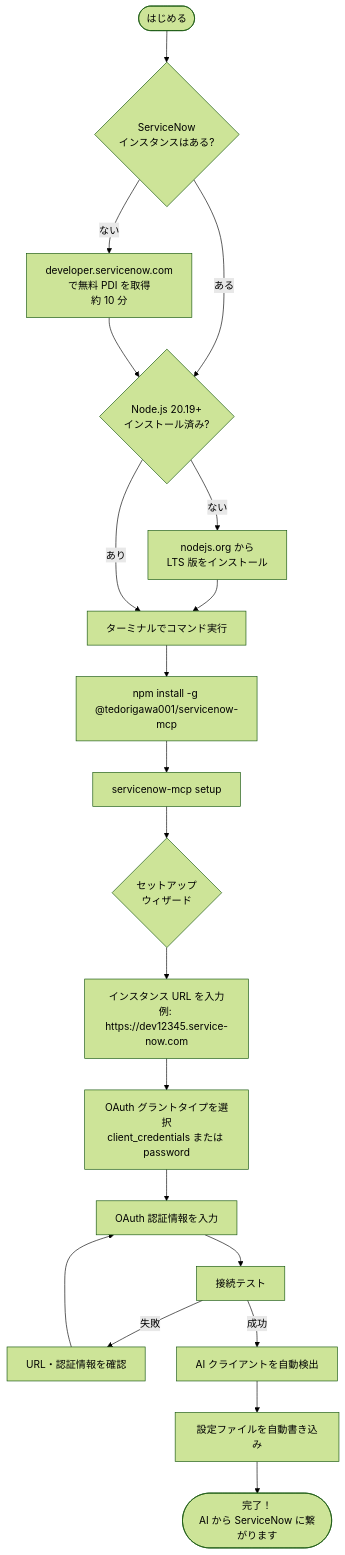
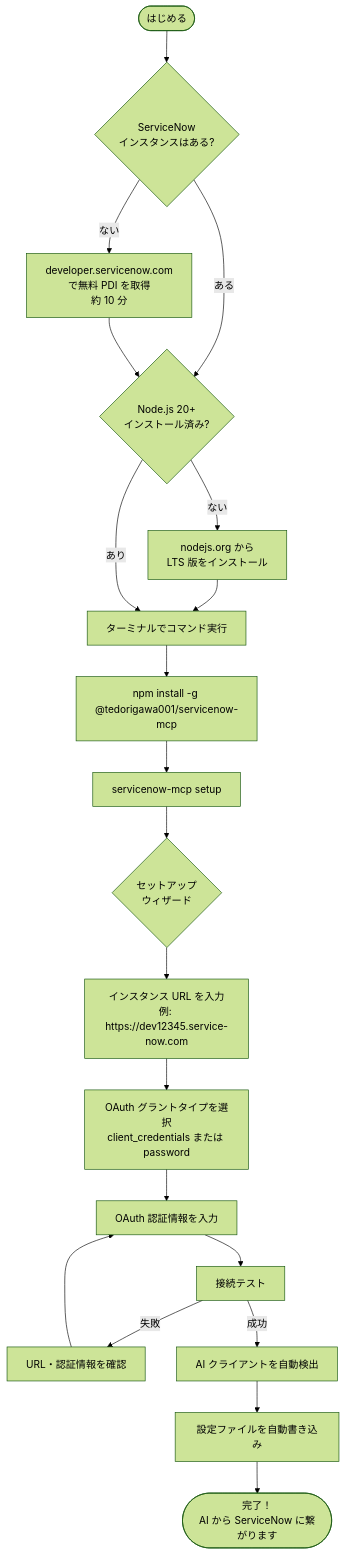
Before and after one commit to tedorigawa001/ServiceNow-MCP: the third of 10 diagrams in README.md, drawn with Mermaid (forest theme). The commit also changed other lines of this file and 4 other files, not shown here.

````diff
--- a/README.md
+++ b/README.md
@@ -106,23 +106,23 @@
 ```mermaid
 flowchart TD
     A([はじめる]) --> B{ServiceNow\nインスタンスはある?}
     B -->|ない| C[developer.servicenow.com\nで無料 PDI を取得\n約 10 分]
     B -->|ある| D
-    C --> D{Node.js 20.19+\nインストール済み?}
+    C --> D{Node.js 20+\nインストール済み?}
     D -->|ない| E[nodejs.org から\nLTS 版をインストール]
     E --> F
     D -->|あり| F[ターミナルでコマンド実行]
 
     F --> G["npm install -g @tedorigawa001/servicenow-mcp"]
     G --> H["servicenow-mcp setup"]
     H --> I{セットアップ\nウィザード}
     I --> J[インスタンス URL を入力\n例: https://dev12345.service-now.com]
     J --> K[OAuth グラントタイプを選択\nclient_credentials または password]
     K --> L[OAuth 認証情報を入力]
     L --> M[接続テスト]
     M -->|失敗| N[URL・認証情報を確認]
     N --> L
     M -->|成功| O[AI クライアントを自動検出]
     O --> P[設定ファイルを自動書き込み]
     P --> Q([完了！\nAI から ServiceNow に繋がります])
 ```
````
